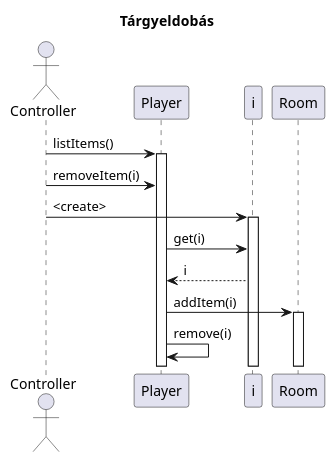
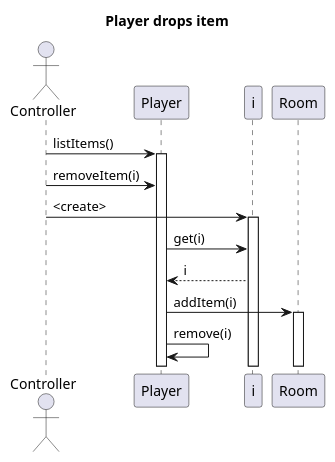
Before and after one commit to MBakter/echo: the diagram in docs/targyeldobas.plantuml, drawn with PlantUML. The commit also changed 1 other file, not shown here.

```diff
--- a/docs/targyeldobas.plantuml
+++ b/docs/targyeldobas.plantuml
@@ -1,18 +1,18 @@
 @startuml
-title Tárgyeldobás
+title Player drops item
 
 actor Controller as c
 
 
 c -> Player : listItems()
 Activate Player
 c -> Player : removeItem(i)
 c -> i : <create>
 activate i
 Player -> i: get(i)
 i --> Player : i
 Player -> Room : addItem(i)
 activate Room
 Player -> Player : remove(i)
 
 @enduml
```
